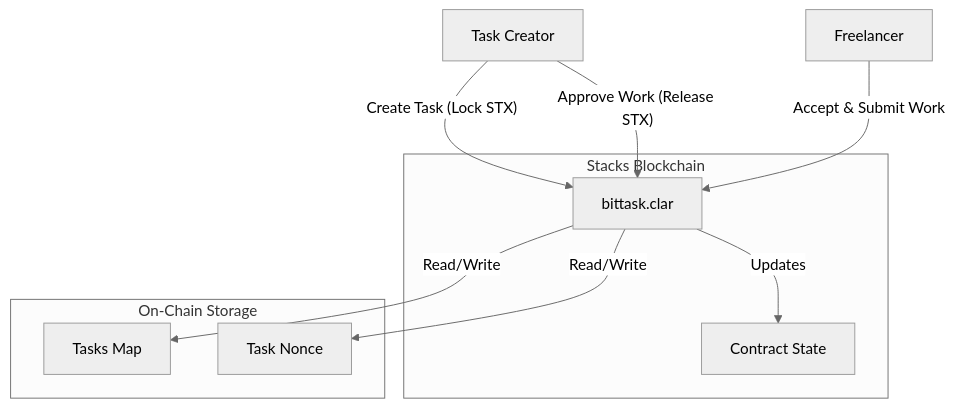
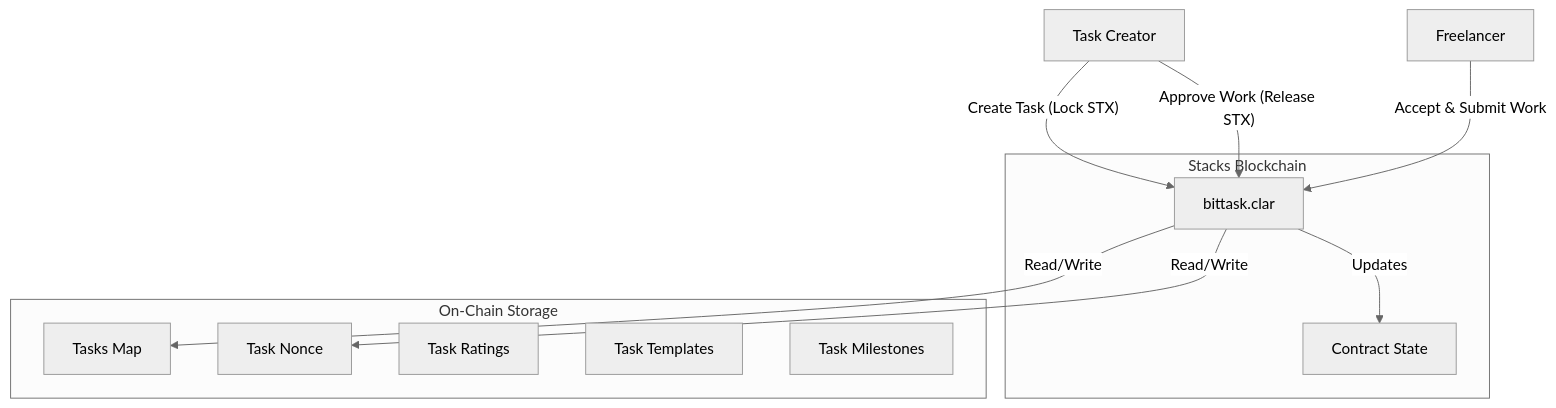
The first of 2 diagrams in README.md (syed-ghufran-hassan/bitstack), drawn with Mermaid (neutral theme) before and after one commit. The commit also changed other lines of this file, not shown here.

````diff
--- a/README.md
+++ b/README.md
@@ -11,23 +22,26 @@
 ```mermaid
 graph TD
     User[Task Creator]
     Worker[Freelancer]
     
     subgraph Stacks_Blockchain [Stacks Blockchain]
         Contract[bittask.clar]
         State[Contract State]
     end
     
     subgraph Storage [On-Chain Storage]
         Tasks[Tasks Map]
         Nonce[Task Nonce]
+        Ratings[Task Ratings]
+        Templates[Task Templates]
+        Milestones[Task Milestones]
     end
 
     User -- "Create Task (Lock STX)" --> Contract
     Worker -- "Accept & Submit Work" --> Contract
     User -- "Approve Work (Release STX)" --> Contract
     
     Contract -- Read/Write --> Tasks
     Contract -- Read/Write --> Nonce
     Contract -- Updates --> State
 ```
````
